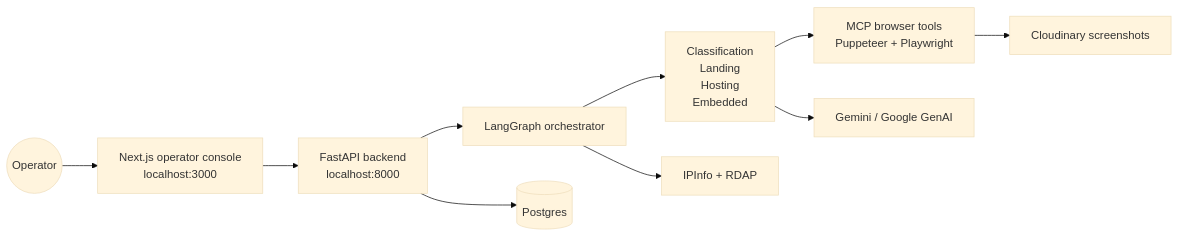
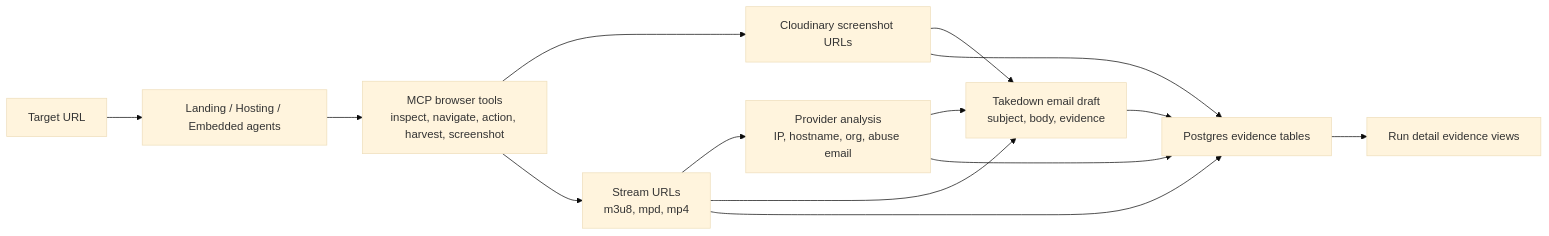
One commit to arfaouiahmed1/Open-Web-Catcher changed diagram 19 of 19 in docs/README.md. Above: the diagram before and after it, drawn with Mermaid (base theme). The commit also changed other lines of this file and 196 other files, not shown here.

````diff
--- a/docs/README.md
+++ b/docs/README.md
@@ -28,23 +973,26 @@
 ```mermaid
 flowchart LR
-  Operator((Operator))
-  Console["Next.js operator console<br/>localhost:3000"]
-  API["FastAPI backend<br/>localhost:8000"]
-  Graph["LangGraph orchestrator"]
-  Agents["Classification<br/>Landing<br/>Hosting<br/>Embedded"]
-  Tools["MCP browser tools<br/>Puppeteer + Playwright"]
-  DB[("Postgres")]
-  Gemini["Gemini / Google GenAI"]
-  Provider["IPInfo + RDAP"]
-  Cloudinary["Cloudinary screenshots"]
+  Target["Target URL"]
+  BrowserAgents["Landing / Hosting / Embedded agents"]
+  BrowserTools["MCP browser tools<br/>inspect, navigate, action, harvest, screenshot"]
+  Screenshots["Cloudinary screenshot URLs"]
+  Streams["Stream URLs<br/>m3u8, mpd, mp4"]
+  Provider["Provider analysis<br/>IP, hostname, org, abuse email"]
+  Email["Takedown email draft<br/>subject, body, evidence"]
+  DB["Postgres evidence tables"]
+  UI["Run detail evidence views"]
 
-  Operator --> Console
-  Console --> API
-  API --> Graph
-  Graph --> Agents
-  Agents --> Gemini
-  Agents --> Tools
-  Tools --> Cloudinary
-  Graph --> Provider
-  API --> DB
+  Target --> BrowserAgents
+  BrowserAgents --> BrowserTools
+  BrowserTools --> Screenshots
+  BrowserTools --> Streams
+  Streams --> Provider
+  Screenshots --> Email
+  Streams --> Email
+  Provider --> Email
+  Screenshots --> DB
+  Streams --> DB
+  Provider --> DB
+  Email --> DB
+  DB --> UI
 ```
````
